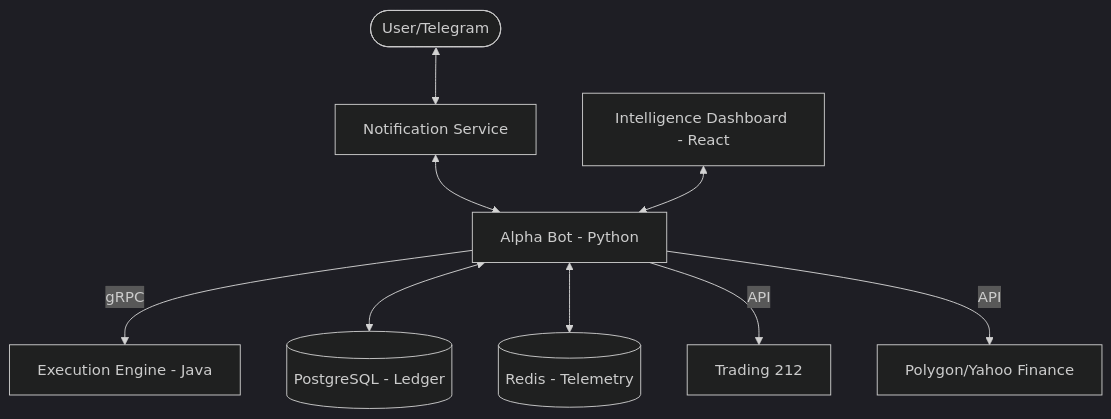
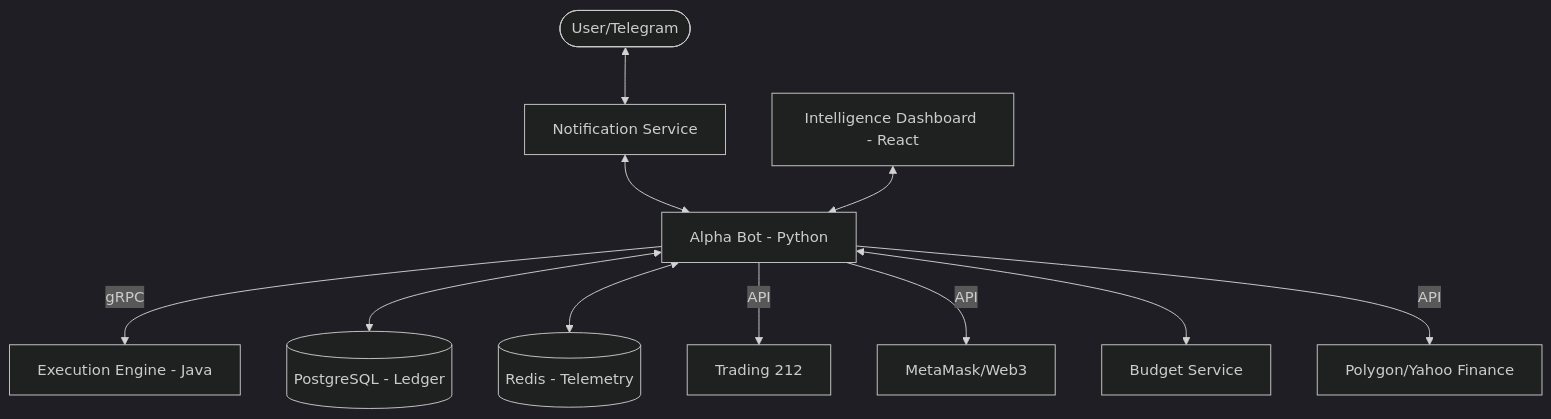
One commit to Daniel730/bot-trading changed the diagram in docs/ARCHITECTURE.md. Above: the diagram before and after it, drawn with Mermaid (dark theme). The commit also changed other lines of this file and 10 other files, not shown here.

````diff
--- a/docs/ARCHITECTURE.md
+++ b/docs/ARCHITECTURE.md
@@ -9,11 +9,13 @@
 ```mermaid
 graph TD
     User([User/Telegram]) <--> Notification[Notification Service]
     Notification <--> Bot[Alpha Bot - Python]
     Dashboard[Intelligence Dashboard - React] <--> Bot
     Bot -- gRPC --> Exec[Execution Engine - Java]
     Bot <--> PG[(PostgreSQL - Ledger)]
     Bot <--> Redis[(Redis - Telemetry)]
     Bot -- API --> T212[Trading 212]
+    Bot -- API --> Web3[MetaMask/Web3]
+    Bot <--> Budget[Budget Service]
     Bot -- API --> Data[Polygon/Yahoo Finance]
 ```
````
